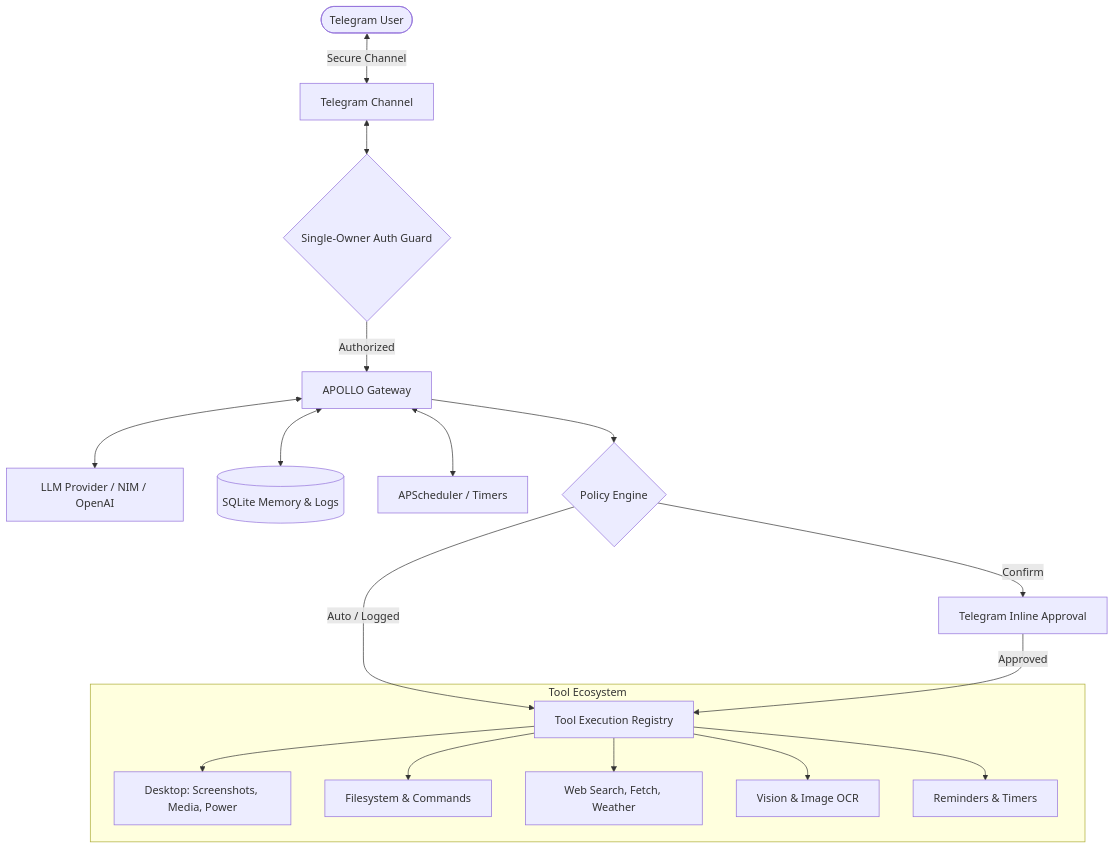
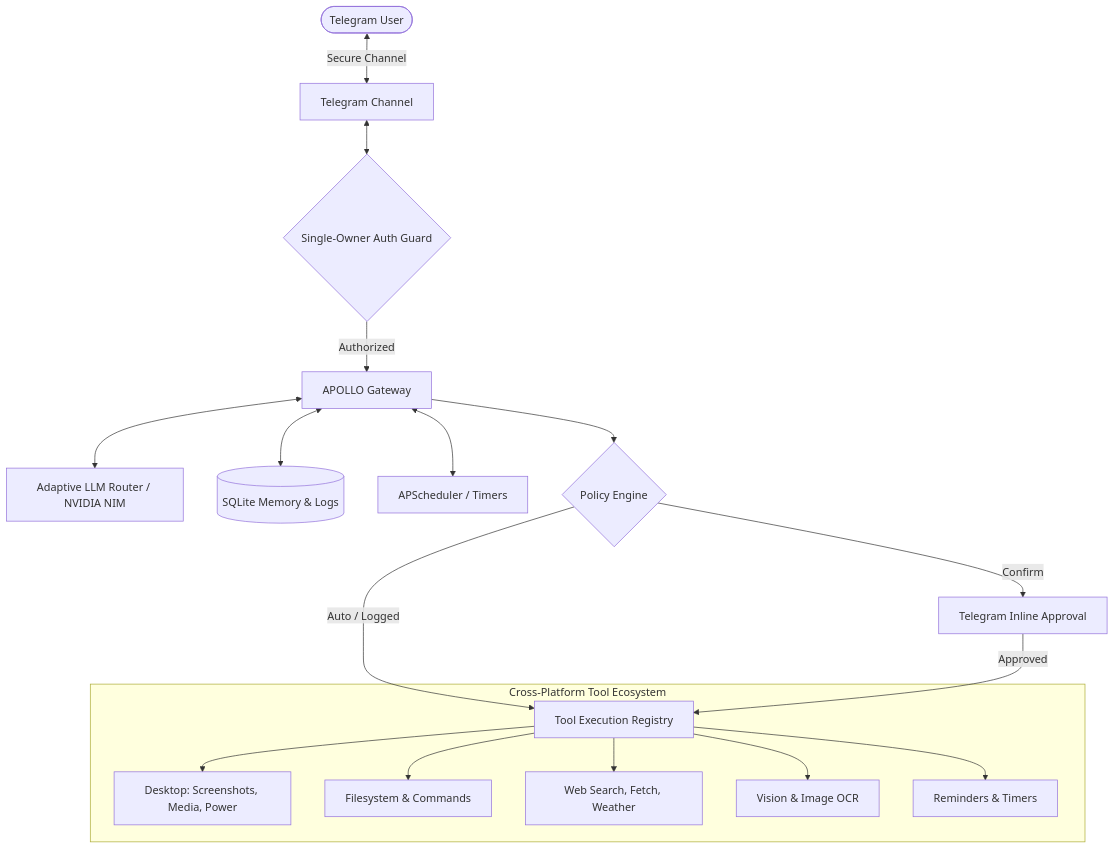
One commit to Hexarion0/APOLLO changed the diagram in README.md. Above: the diagram before and after it, drawn with Mermaid. The commit also changed other lines of this file and 1 other file, not shown here.

````diff
--- a/README.md
+++ b/README.md
@@ -54,23 +56,23 @@
 ```mermaid
 flowchart TD
     User([Telegram User]) <-->|Secure Channel| TG[Telegram Channel]
     TG <--> Auth{Single-Owner Auth Guard}
     Auth -->|Authorized| Gateway[APOLLO Gateway]
     
-    Gateway <--> Provider[LLM Provider / NIM / OpenAI]
+    Gateway <--> Provider[Adaptive LLM Router / NVIDIA NIM]
     Gateway <--> Memory[(SQLite Memory & Logs)]
     Gateway <--> Scheduler[APScheduler / Timers]
     Gateway --> PolicyEngine{Policy Engine}
     
     PolicyEngine -->|Auto / Logged| ToolExec[Tool Execution Registry]
     PolicyEngine -->|Confirm| Approval[Telegram Inline Approval]
     Approval -->|Approved| ToolExec
     
-    subgraph Tools [Tool Ecosystem]
+    subgraph Tools [Cross-Platform Tool Ecosystem]
         ToolExec --> Desktop[Desktop: Screenshots, Media, Power]
         ToolExec --> FS[Filesystem & Commands]
         ToolExec --> Net[Web Search, Fetch, Weather]
         ToolExec --> Vision[Vision & Image OCR]
         ToolExec --> Remind[Reminders & Timers]
     end
 ```
````
